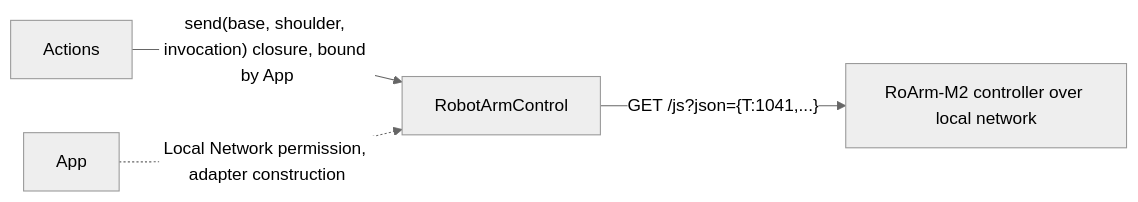
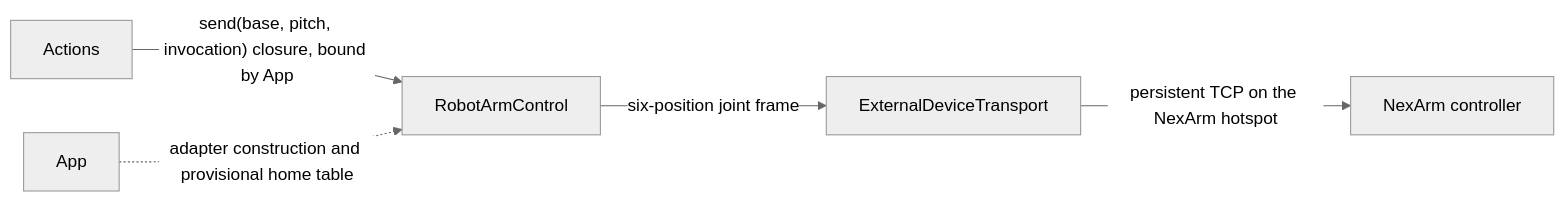
The diagram in MobileHarness/PlatformKit/ExternalDevice/README.md (devilyouwei/MobileHarness), drawn with Mermaid (neutral theme) before and after one commit. The commit also changed other lines of this file and 8 other files, not shown here.

````diff
--- a/MobileHarness/PlatformKit/ExternalDevice/README.md
+++ b/MobileHarness/PlatformKit/ExternalDevice/README.md
@@ -42,6 +55,7 @@
 ```mermaid
 flowchart LR
-    Actions -->|"send(base, shoulder, invocation) closure, bound by App"| RobotArmControl
-    RobotArmControl -->|"GET /js?json={T:1041,...}"| ARM[RoArm-M2 controller over local network]
-    App -.->|"Local Network permission, adapter construction"| RobotArmControl
+    Actions -->|"send(base, pitch, invocation) closure, bound by App"| RobotArmControl
+    RobotArmControl -->|"six-position joint frame"| Transport[ExternalDeviceTransport]
+    Transport -->|"persistent TCP on the NexArm hotspot"| ARM[NexArm controller]
+    App -.->|"adapter construction and provisional home table"| RobotArmControl
 ```
````
